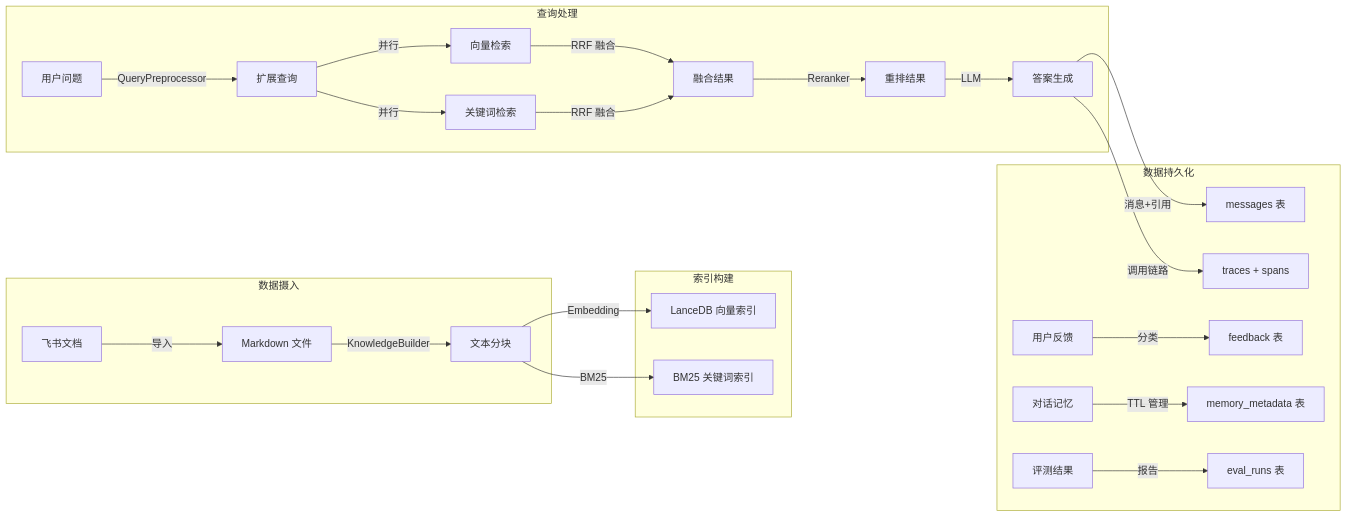
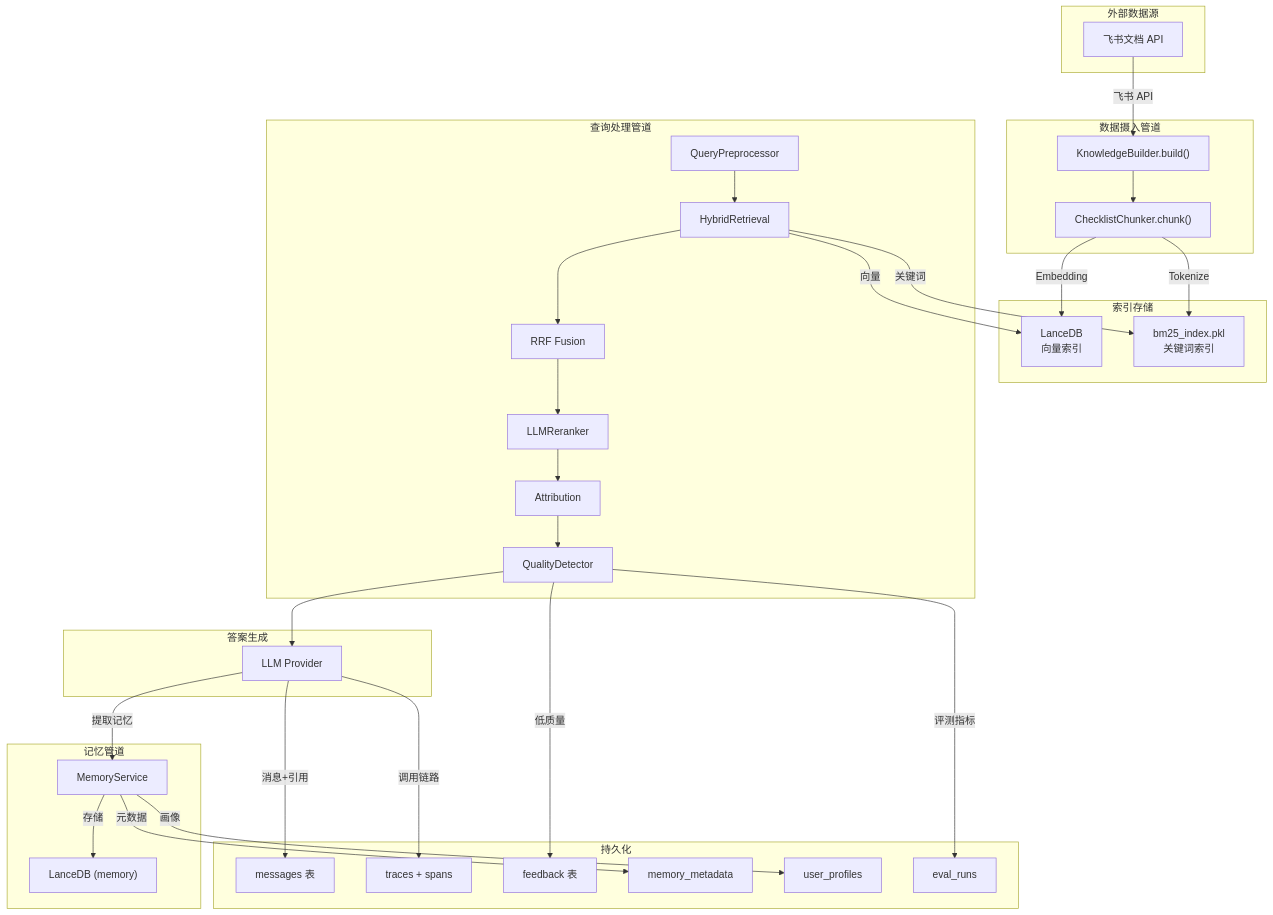
Before and after one commit to bleakplain/actuary-sleuth: diagram 11 of 14 in specs/architecture/architecture-4a.md, drawn with Mermaid. The commit also changed other lines of this file, not shown here.

````diff
--- a/specs/architecture/architecture-4a.md
+++ b/specs/architecture/architecture-4a.md
@@ -408,30 +482,64 @@
 ```mermaid
-flowchart LR
-    subgraph Ingest["数据摄入"]
-        Feishu2["飞书文档"] -->|"导入"| MD["Markdown 文件"]
-        MD -->|"KnowledgeBuilder"| Chunks["文本分块"]
+flowchart TB
+    subgraph External["外部数据源"]
+        Feishu["飞书文档 API"]
     end
 
-    subgraph Index["索引构建"]
-        Chunks -->|"Embedding"| VecIdx["LanceDB 向量索引"]
-        Chunks -->|"BM25"| BM25Idx["BM25 关键词索引"]
+    subgraph Ingestion["数据摄入管道"]
+        Import["KnowledgeBuilder.build()"]
+        Chunk["ChecklistChunker.chunk()"]
     end
 
-    subgraph Query["查询处理"]
-        Q["用户问题"] -->|"QueryPreprocessor"| QE["扩展查询"]
-        QE -->|"并行"| VS["向量检索"]
-        QE -->|"并行"| KS["关键词检索"]
-        VS -->|"RRF 融合"| Fused["融合结果"]
-        KS -->|"RRF 融合"| Fused
-        Fused -->|"Reranker"| Ranked["重排结果"]
-        Ranked -->|"LLM"| Answer["答案生成"]
+    subgraph Index["索引存储"]
+        VecIdx["LanceDB<br/>向量索引"]
+        BM25Idx["bm25_index.pkl<br/>关键词索引"]
     end
 
-    subgraph Persist["数据持久化"]
-        Answer -->|"消息+引用"| MSG["messages 表"]
-        Answer -->|"调用链路"| TRC["traces + spans"]
-        FB["用户反馈"] -->|"分类"| FDB["feedback 表"]
-        MEM["对话记忆"] -->|"TTL 管理"| MMDB["memory_metadata 表"]
-        RUN["评测结果"] -->|"报告"| EDB["eval_runs 表"]
+    subgraph QueryPipeline["查询处理管道"]
+        QP["QueryPreprocessor"]
+        HR["HybridRetrieval"]
+        RRF["RRF Fusion"]
+        RR["LLMReranker"]
+        ATTR["Attribution"]
+        QD["QualityDetector"]
     end
+
+    subgraph Generation["答案生成"]
+        LLM["LLM Provider"]
+    end
+
+    subgraph Persistence["持久化"]
+        MSG["messages 表"]
+        TRC["traces + spans"]
+        FDB["feedback 表"]
+        MEM["memory_metadata"]
+        UP["user_profiles"]
+        ERUN["eval_runs"]
+    end
+
+    subgraph MemoryPipeline["记忆管道"]
+        MS["MemoryService"]
+        MVEC["LanceDB (memory)"]
+    end
+
+    Feishu -->|"飞书 API"| Import --> Chunk
+    Chunk -->|"Embedding"| VecIdx
+    Chunk -->|"Tokenize"| BM25Idx
+
+    QP --> HR
+    HR -->|"向量"| VecIdx
+    HR -->|"关键词"| BM25Idx
+    HR --> RRF --> RR --> ATTR --> QD
+    QD --> LLM
+
+    LLM -->|"消息+引用"| MSG
+    LLM -->|"调用链路"| TRC
+    QD -->|"低质量"| FDB
+
+    LLM -->|"提取记忆"| MS
+    MS -->|"存储"| MVEC
+    MS -->|"元数据"| MEM
+    MS -->|"画像"| UP
+
+    QD -->|"评测指标"| ERUN
 ```
````
